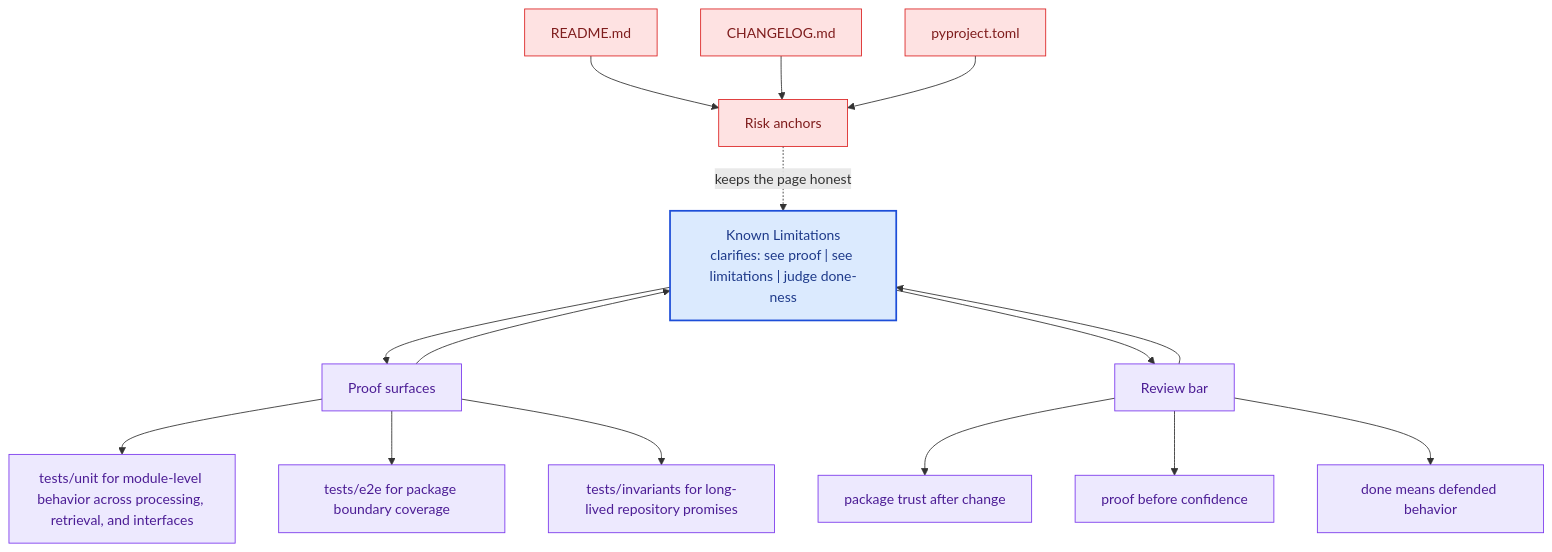
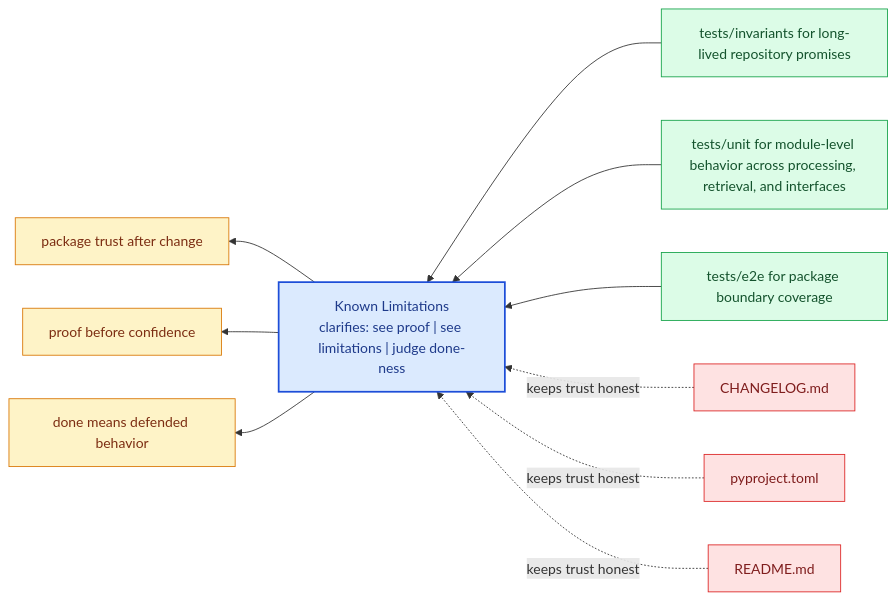
One commit to bijux/bijux-canon changed the diagram in docs/bijux-canon-ingest/quality/known-limitations.md. Above: the diagram before and after it, drawn with Mermaid. The commit also changed other lines of this file and 281 other files, not shown here.

Commit message:
docs(diagrams): replace repeated mermaid scaffolds with page-specific summaries

````diff
--- a/docs/bijux-canon-ingest/quality/known-limitations.md
+++ b/docs/bijux-canon-ingest/quality/known-limitations.md
@@ -67,41 +22,31 @@
 ```mermaid
-flowchart TB
-    promise["Known Limitations<br/>clarifies: see proof | see limitations | judge done-ness"]
-    classDef promise fill:#dbeafe,stroke:#1d4ed8,color:#1e3a8a,stroke-width:2px;
-    classDef driver fill:#dcfce7,stroke:#16a34a,color:#14532d;
-    classDef constraint fill:#fee2e2,stroke:#dc2626,color:#7f1d1d;
-    classDef ground fill:#ede9fe,stroke:#7c3aed,color:#4c1d95;
-    focus1["Proof surfaces"]
-    focus1 --> promise
-    promise --> focus1
-    focus1_1["tests/unit for module-level behavior across processing, retrieval, and interfaces"]
-    focus1 --> focus1_1
-    focus1_2["tests/e2e for package boundary coverage"]
-    focus1 --> focus1_2
-    focus1_3["tests/invariants for long-lived repository promises"]
-    focus1 --> focus1_3
-    class focus1 ground;
-    class focus1_1,focus1_2,focus1_3 ground;
-    focus2["Risk anchors"]
-    focus2 -.keeps the page honest.-> promise
-    focus2_1["README.md"]
-    focus2_1 --> focus2
-    focus2_2["CHANGELOG.md"]
-    focus2_2 --> focus2
-    focus2_3["pyproject.toml"]
-    focus2_3 --> focus2
-    class focus2 constraint;
-    class focus2_1,focus2_2,focus2_3 constraint;
-    focus3["Review bar"]
-    focus3 --> promise
-    promise --> focus3
-    focus3_1["package trust after change"]
-    focus3 --> focus3_1
-    focus3_2["proof before confidence"]
-    focus3 --> focus3_2
-    focus3_3["done means defended behavior"]
-    focus3 --> focus3_3
-    class focus3 ground;
-    class focus3_1,focus3_2,focus3_3 ground;
-    class promise promise;
+flowchart RL
+    page["Known Limitations<br/>clarifies: see proof | see limitations | judge done-ness"]
+    classDef page fill:#dbeafe,stroke:#1d4ed8,color:#1e3a8a,stroke-width:2px;
+    classDef positive fill:#dcfce7,stroke:#16a34a,color:#14532d;
+    classDef caution fill:#fee2e2,stroke:#dc2626,color:#7f1d1d;
+    classDef anchor fill:#ede9fe,stroke:#7c3aed,color:#4c1d95;
+    classDef action fill:#fef3c7,stroke:#d97706,color:#7c2d12;
+    proof1["tests/invariants for long-lived repository promises"]
+    proof1 --> page
+    proof2["tests/unit for module-level behavior across processing, retrieval, and interfaces"]
+    proof2 --> page
+    proof3["tests/e2e for package boundary coverage"]
+    proof3 --> page
+    risk1["CHANGELOG.md"]
+    risk1 -.keeps trust honest.-> page
+    risk2["pyproject.toml"]
+    risk2 -.keeps trust honest.-> page
+    risk3["README.md"]
+    risk3 -.keeps trust honest.-> page
+    bar1["package trust after change"]
+    page --> bar1
+    bar2["proof before confidence"]
+    page --> bar2
+    bar3["done means defended behavior"]
+    page --> bar3
+    class page page;
+    class proof1,proof2,proof3 positive;
+    class risk1,risk2,risk3 caution;
+    class bar1,bar2,bar3 action;
 ```
````
